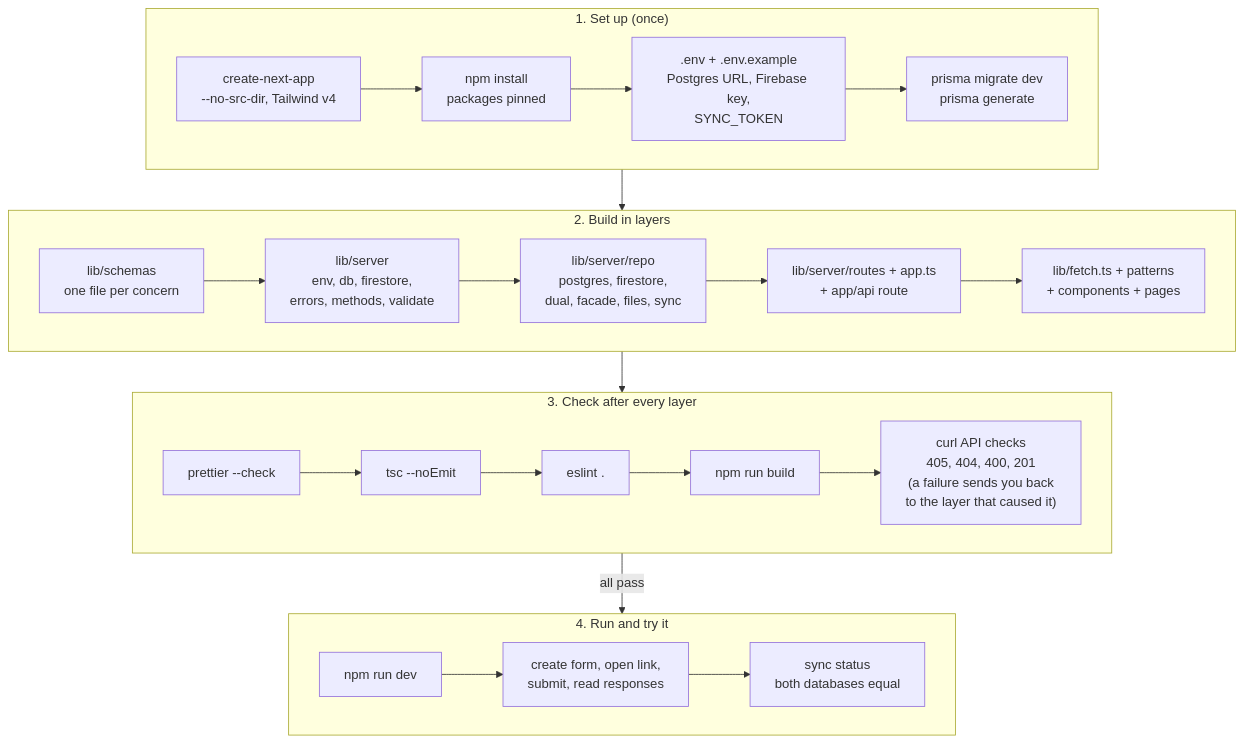
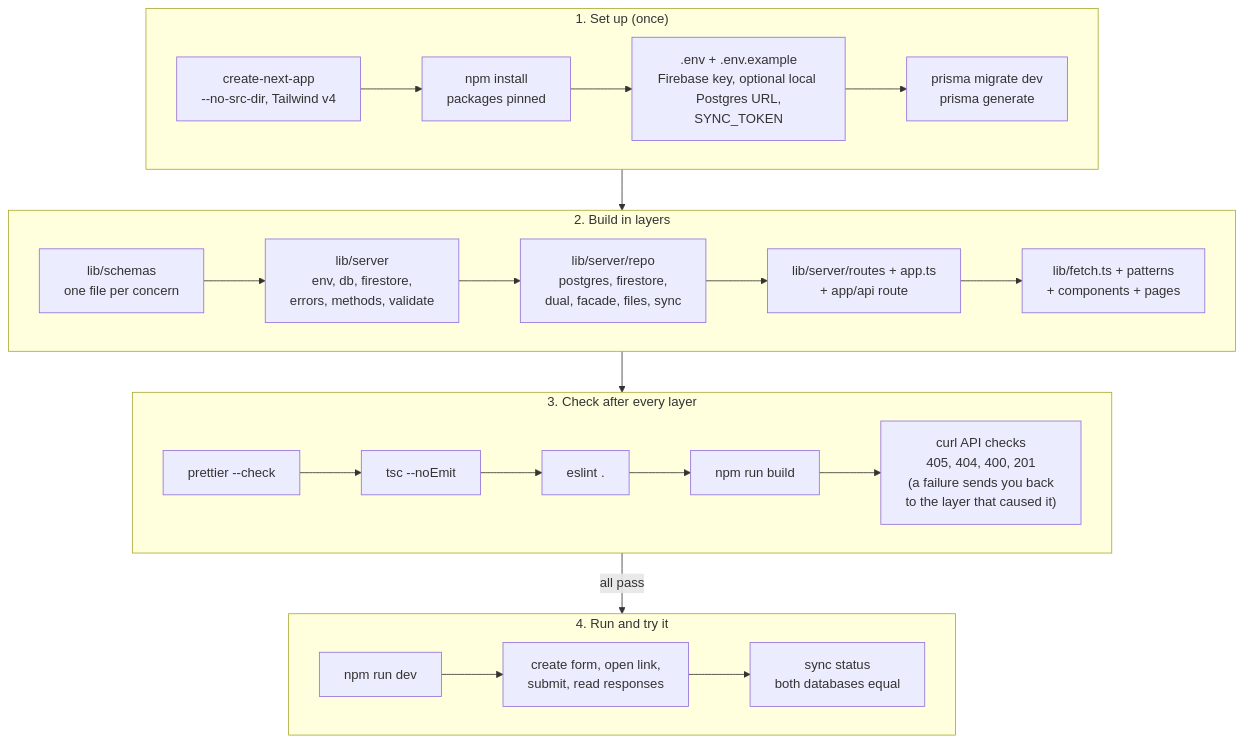
The diagram in docs/development.mmd (kasinadhsarma/survey-forms), drawn with Mermaid before and after one commit. The commit also changed 8 other files, not shown here.

Commit message:
docs: update README and documentation to reflect Firestore as primary database with local Postgres as development copy

```diff
--- a/docs/development.mmd
+++ b/docs/development.mmd
@@ -1,41 +1,41 @@
 flowchart TB
     subgraph Setup["1. Set up (once)"]
         direction LR
         S1["create-next-app<br/>--no-src-dir, Tailwind v4"]
         S2["npm install<br/>packages pinned"]
-        S3[".env + .env.example<br/>Postgres URL, Firebase key,<br/>SYNC_TOKEN"]
+        S3[".env + .env.example<br/>Firebase key, optional local Postgres URL,<br/>SYNC_TOKEN"]
         S4["prisma migrate dev<br/>prisma generate"]
         S1 --> S2 --> S3 --> S4
     end
 
     subgraph Build["2. Build in layers"]
         direction LR
         B1["lib/schemas<br/>one file per concern"]
         B2["lib/server<br/>env, db, firestore,<br/>errors, methods, validate"]
         B3["lib/server/repo<br/>postgres, firestore,<br/>dual, facade, files, sync"]
         B4["lib/server/routes + app.ts<br/>+ app/api route"]
         B5["lib/fetch.ts + patterns<br/>+ components + pages"]
         B1 --> B2 --> B3 --> B4 --> B5
     end
 
     subgraph Check["3. Check after every layer"]
         direction LR
         C1["prettier --check"]
         C2["tsc --noEmit"]
         C3["eslint ."]
         C4["npm run build"]
         C5["curl API checks<br/>405, 404, 400, 201<br/>(a failure sends you back<br/>to the layer that caused it)"]
         C1 --> C2 --> C3 --> C4 --> C5
     end
 
     subgraph Run["4. Run and try it"]
         direction LR
         R1["npm run dev"]
         R2["create form, open link,<br/>submit, read responses"]
         R3["sync status<br/>both databases equal"]
         R1 --> R2 --> R3
     end
 
     Setup --> Build
     Build --> Check
     Check -- "all pass" --> Run
```
